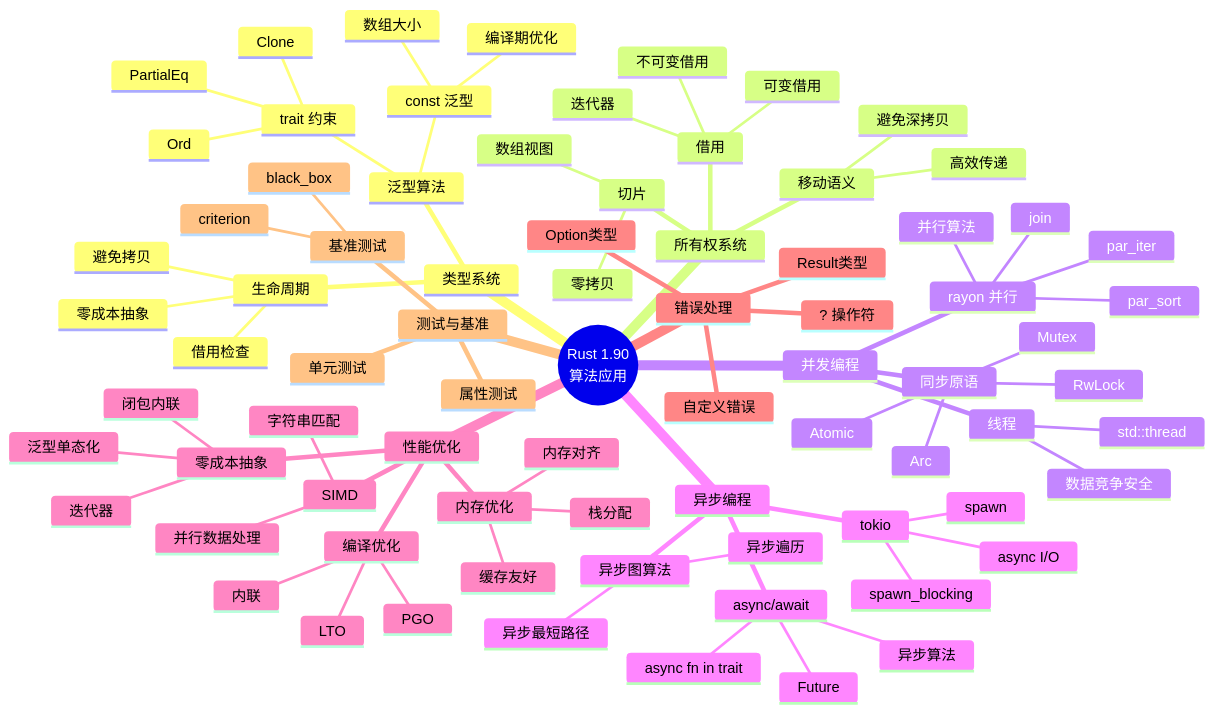
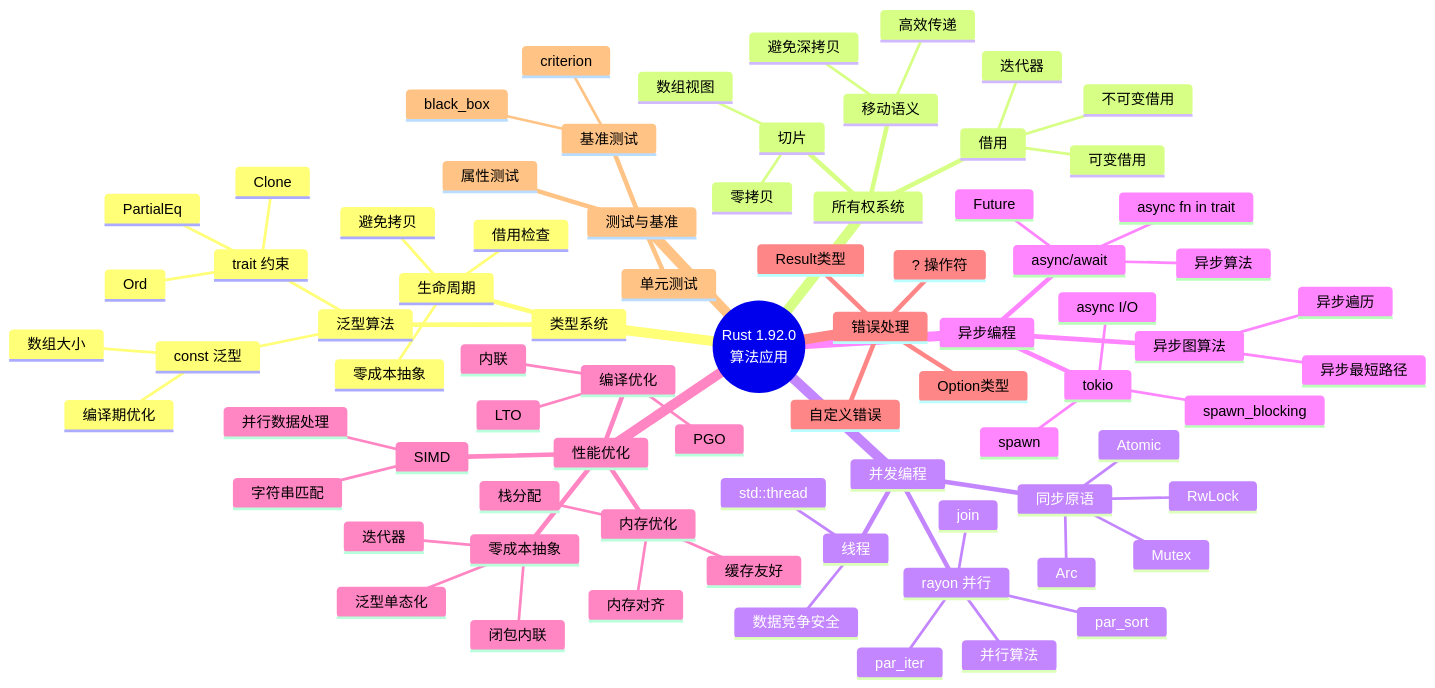
The eighth of 12 diagrams in crates/c08_algorithms/docs/MIND_MAP.md (martin-ly/rust-lang), drawn with Mermaid before and after one commit. The commit also changed other lines of this file and 290 other files, not shown here.

````diff
--- a/crates/c08_algorithms/docs/MIND_MAP.md
+++ b/crates/c08_algorithms/docs/MIND_MAP.md
@@ -769,6 +769,6 @@
 ```mermaid
 mindmap
-  root((Rust 1.90<br/>算法应用))
+  root((Rust 1.92.0<br/>算法应用))
     类型系统
       泛型算法
         trait 约束
````
